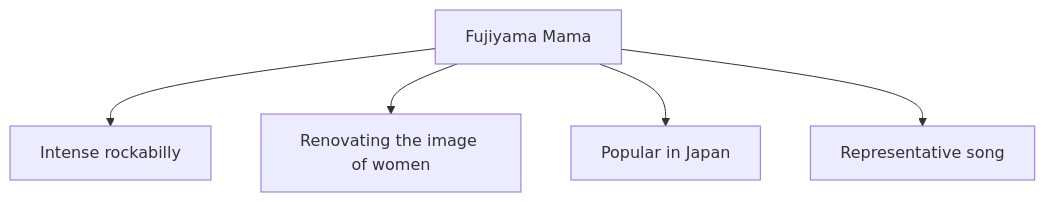
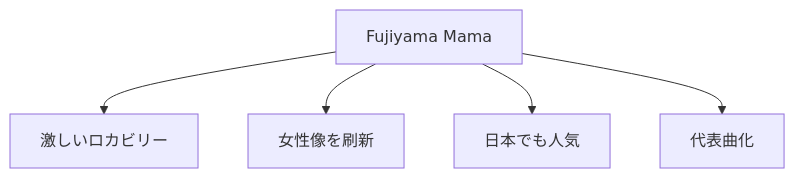
Before and after one commit to monumental-movement/monumental-movement.github.io: the fourth of 11 diagrams in en/_posts/2026-05-16-column-wanda-jackson.md, drawn with Mermaid. The commit also changed other lines of this file and 2196 other files, not shown here.

```diff
--- a/en/_posts/2026-05-16-column-wanda-jackson.md
+++ b/en/_posts/2026-05-16-column-wanda-jackson.md
@@ -124,7 +124,7 @@
 <div class="mermaid">
 graph TD
-A["Fujiyama Mama"] --> B["Intense rockabilly"]
-A --> C["Renovating the image of women"]
-A --> D["Popular in Japan"]
-A --> E["Representative song"]
+A["Fujiyama Mama"] --> B["激しいロカビリー"]
+A --> C["女性像を刷新"]
+A --> D["日本でも人気"]
+A --> E["代表曲化"]
 </div>
```
